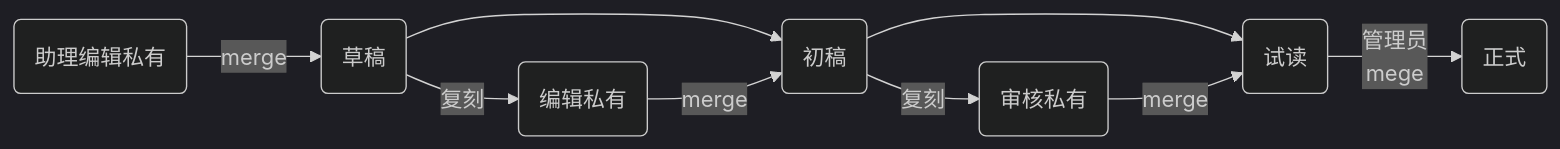
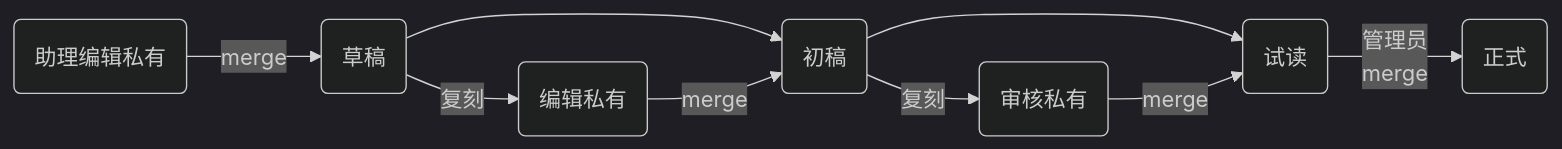
The fourth of 4 diagrams in doc/流程.md (Bhikkhu-Kosalla/nibbana-gamini-patipada), drawn with Mermaid (dark theme) before and after one commit.

Commit message:
流程图圆滑线

````diff
--- a/doc/流程.md
+++ b/doc/流程.md
@@ -83,11 +83,11 @@
 ```mermaid
-graph LR;
+flowchart LR;
 A("助理编辑私有")-->|merge|B("草稿")
 B-->C("初稿")
 C-->D("试读")
-D-->|管理员<br>mege|E("正式")
+D-->|管理员<br>merge|E("正式")
 B-->|复刻|F("编辑私有")
 F-->|merge|C
 C-->|复刻|G("审核私有")
 G-->|merge|D
 ```
````
